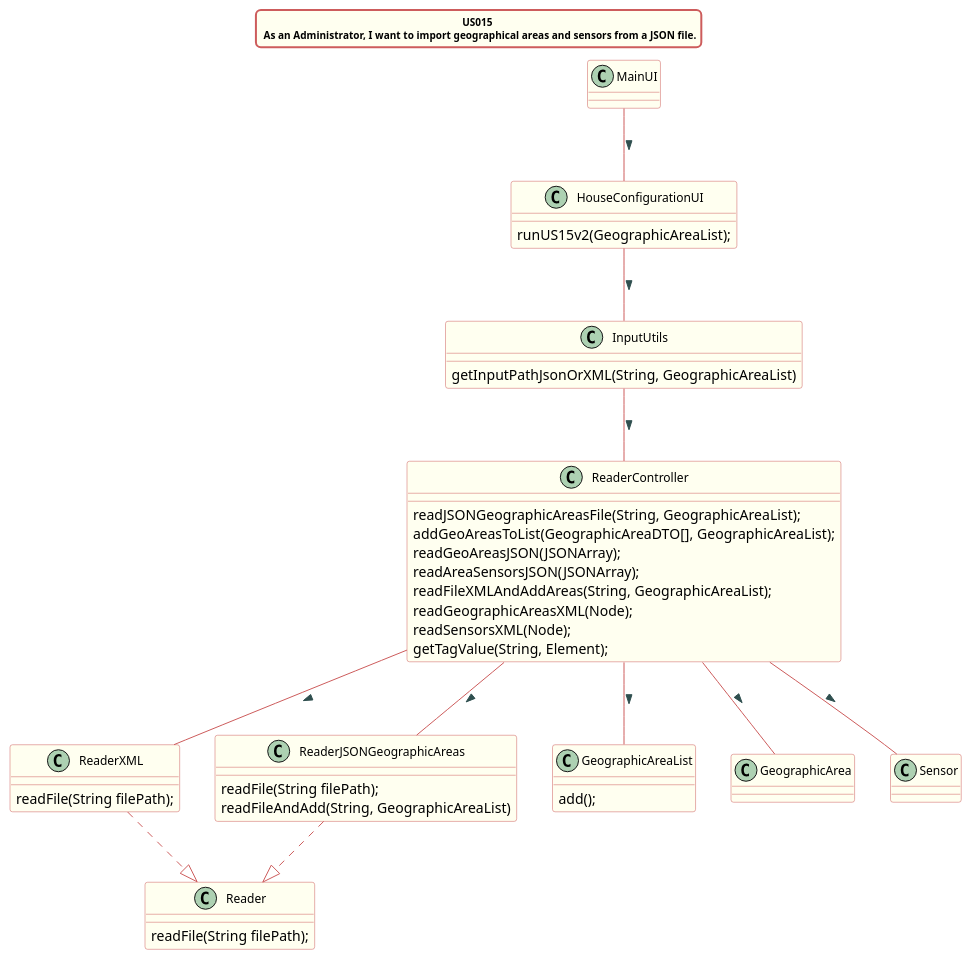
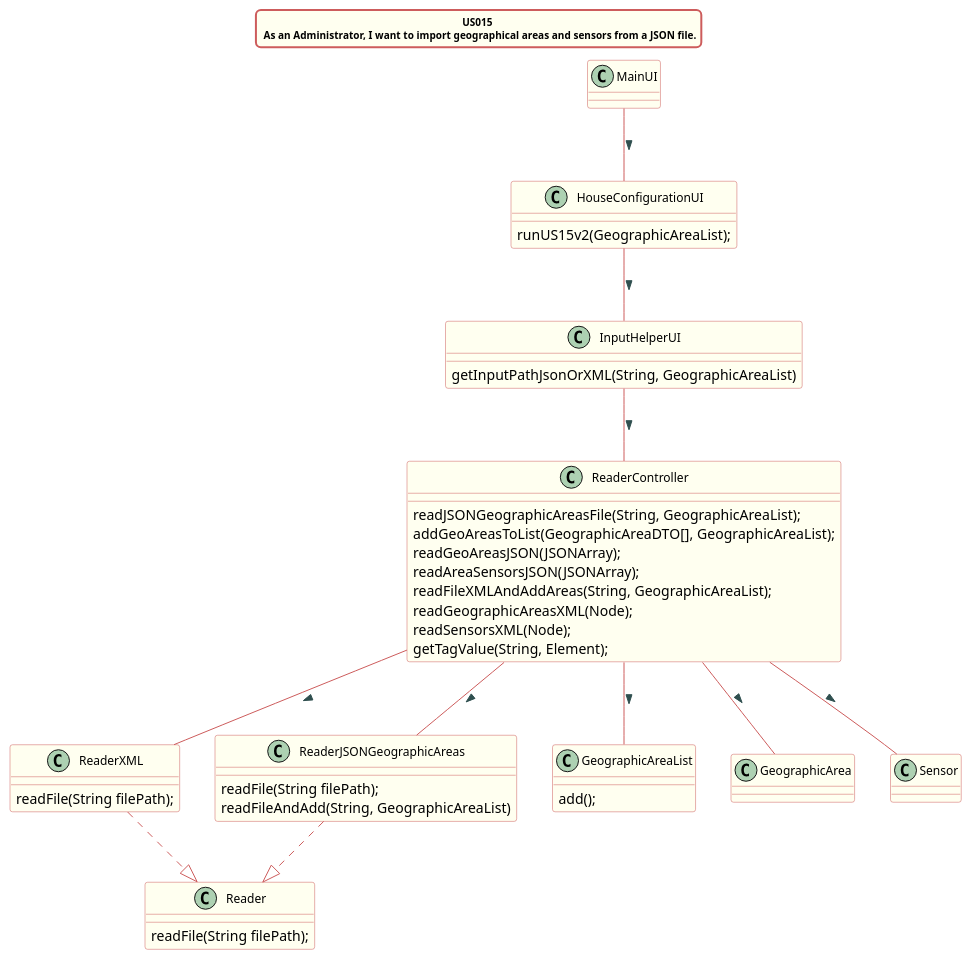
Before and after one commit to Almadanmp/project: the diagram in src/doc/Controllers/HouseConfiguration/US15/US15v2_cd_HouseConfiguration.puml, drawn with PlantUML. The commit also changed 4 other files, not shown here.

Commit message:
REF #178 updated class diagram and sequence diagram for us15v2

```diff
--- a/src/doc/Controllers/HouseConfiguration/US15/US15v2_cd_HouseConfiguration.puml
+++ b/src/doc/Controllers/HouseConfiguration/US15/US15v2_cd_HouseConfiguration.puml
@@ -1,80 +1,80 @@
 @startuml
 
 title US015 \n As an Administrator, I want to import geographical areas and sensors from a JSON file.
 skinparam titleBorderRoundCorner 10
 skinparam titleBorderThickness 2
 skinparam titleBorderColor indianred
 skinparam titleBackgroundColor ivory
 skinparam FontName verdana
 skinparam titleFontSize 10
 
 
 skinparam class {
   BorderColor indianred
   BackgroundColor indianred
   BackgroundColor ivory
    roundcorner 10
    ArrowFontName Verdana
    ArrowColor indianred
    ArrowFontColor darkslategrey
    FontSize 12
 }
 
 class ReaderController
 class ReaderXML
 class Reader
 class HouseConfigurationUI
 class ReaderJSONGeographicAreas
 class GeographicAreaList
 class GeographicArea
 class Sensor
-class InputUtils
+class InputHelperUI
 
 MainUI -- HouseConfigurationUI : >
-HouseConfigurationUI -- InputUtils : >
-InputUtils -- ReaderController : >
+HouseConfigurationUI -- InputHelperUI : >
+InputHelperUI -- ReaderController : >
 ReaderController -- Sensor : >
 ReaderController -- GeographicArea : >
 ReaderController -- GeographicAreaList : >
 ReaderController -- ReaderXML : >
 ReaderController -- ReaderJSONGeographicAreas : >
 ReaderXML ..|> Reader
 ReaderJSONGeographicAreas ..|> Reader
 
 class HouseConfigurationUI {
 runUS15v2(GeographicAreaList);
 }
 
 class ReaderJSONGeographicAreas {
 readFile(String filePath);
 readFileAndAdd(String, GeographicAreaList)
 }
 
 class ReaderController {
 readJSONGeographicAreasFile(String, GeographicAreaList);
 addGeoAreasToList(GeographicAreaDTO[], GeographicAreaList);
 readGeoAreasJSON(JSONArray);
 readAreaSensorsJSON(JSONArray);
 readFileXMLAndAddAreas(String, GeographicAreaList);
 readGeographicAreasXML(Node);
 readSensorsXML(Node);
 getTagValue(String, Element);
 }
 
 class Reader{
 readFile(String filePath);
 }
 
 class GeographicAreaList{
 add();
 }
 
-class InputUtils{
+class InputHelperUI{
 getInputPathJsonOrXML(String, GeographicAreaList)
 }
 
 class ReaderXML{
 readFile(String filePath);
 }
 
 @enduml
```
